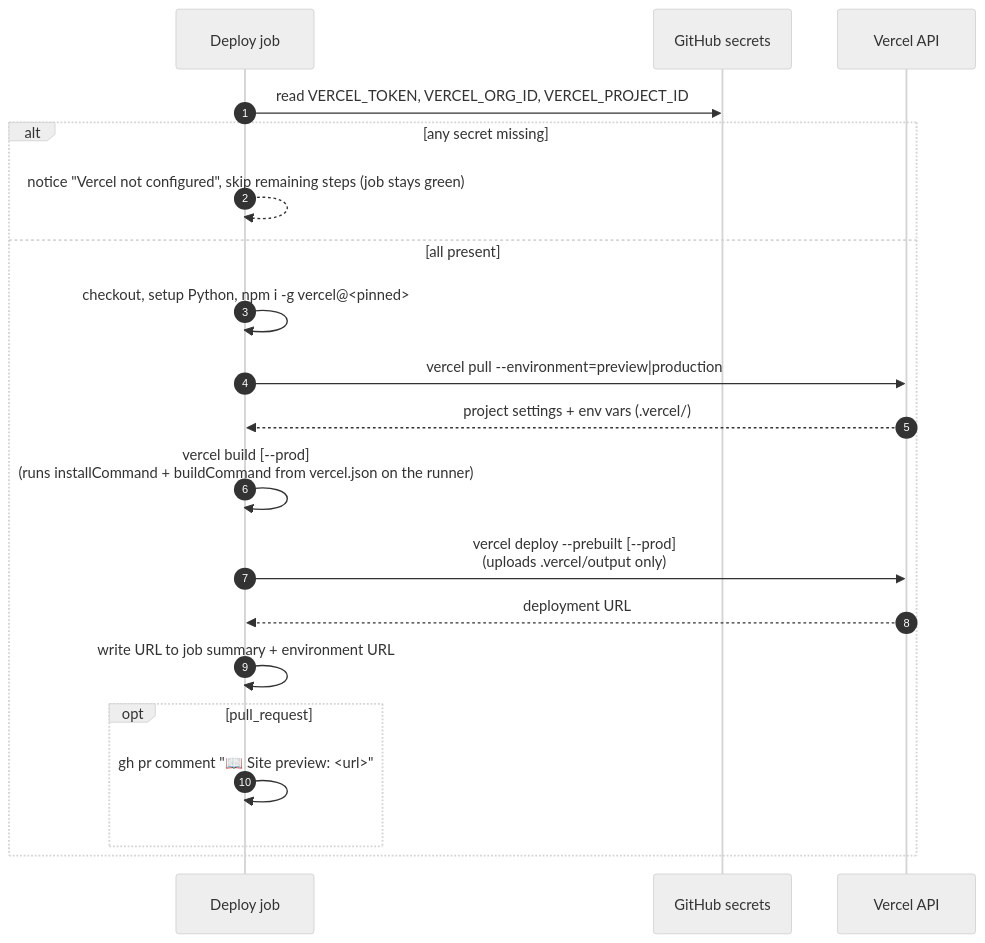
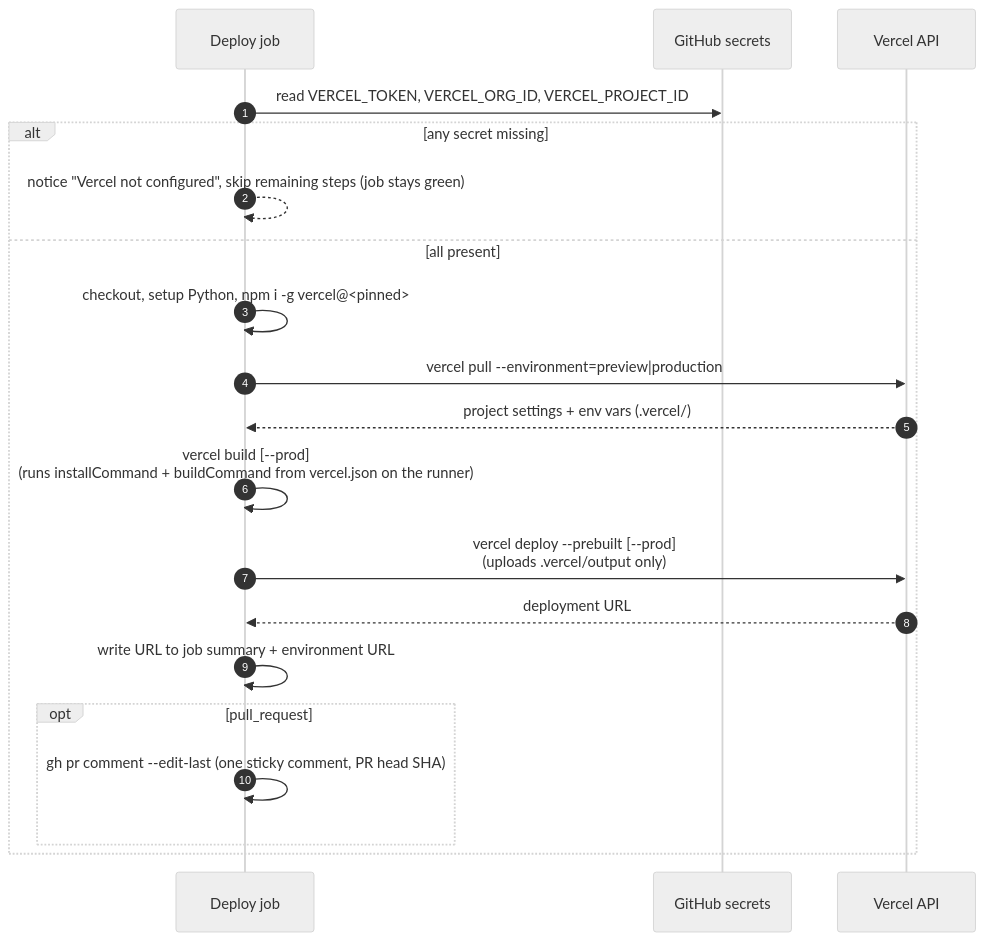
Before and after one commit to KshitijV97/gcp-fintech-architecture-playbook: the third of 3 diagrams in .github/WEBSITE_CICD.md, drawn with Mermaid (neutral theme). The commit also changed other lines of this file and 1 other file, not shown here.

Commit message:
site: sticky preview comment labelled with the PR head commit
GITHUB_SHA on pull_request events is the temporary merge commit, so the
comment showed a SHA that doesn't exist on the branch. Edit one comment
in place instead of adding a new one per push.

````diff
--- a/.github/WEBSITE_CICD.md
+++ b/.github/WEBSITE_CICD.md
@@ -94,23 +94,23 @@
 ```mermaid
 sequenceDiagram
     autonumber
     participant J as Deploy job
     participant GH as GitHub secrets
     participant V as Vercel API
 
     J->>GH: read VERCEL_TOKEN, VERCEL_ORG_ID, VERCEL_PROJECT_ID
     alt any secret missing
         J-->>J: notice "Vercel not configured", skip remaining steps (job stays green)
     else all present
         J->>J: checkout, setup Python, npm i -g vercel@<pinned>
         J->>V: vercel pull --environment=preview|production
         V-->>J: project settings + env vars (.vercel/)
         J->>J: vercel build [--prod]<br/>(runs installCommand + buildCommand from vercel.json on the runner)
         J->>V: vercel deploy --prebuilt [--prod]<br/>(uploads .vercel/output only)
         V-->>J: deployment URL
         J->>J: write URL to job summary + environment URL
         opt pull_request
-            J->>J: gh pr comment "📖 Site preview: <url>"
+            J->>J: gh pr comment --edit-last (one sticky comment, PR head SHA)
         end
     end
 ```
````
